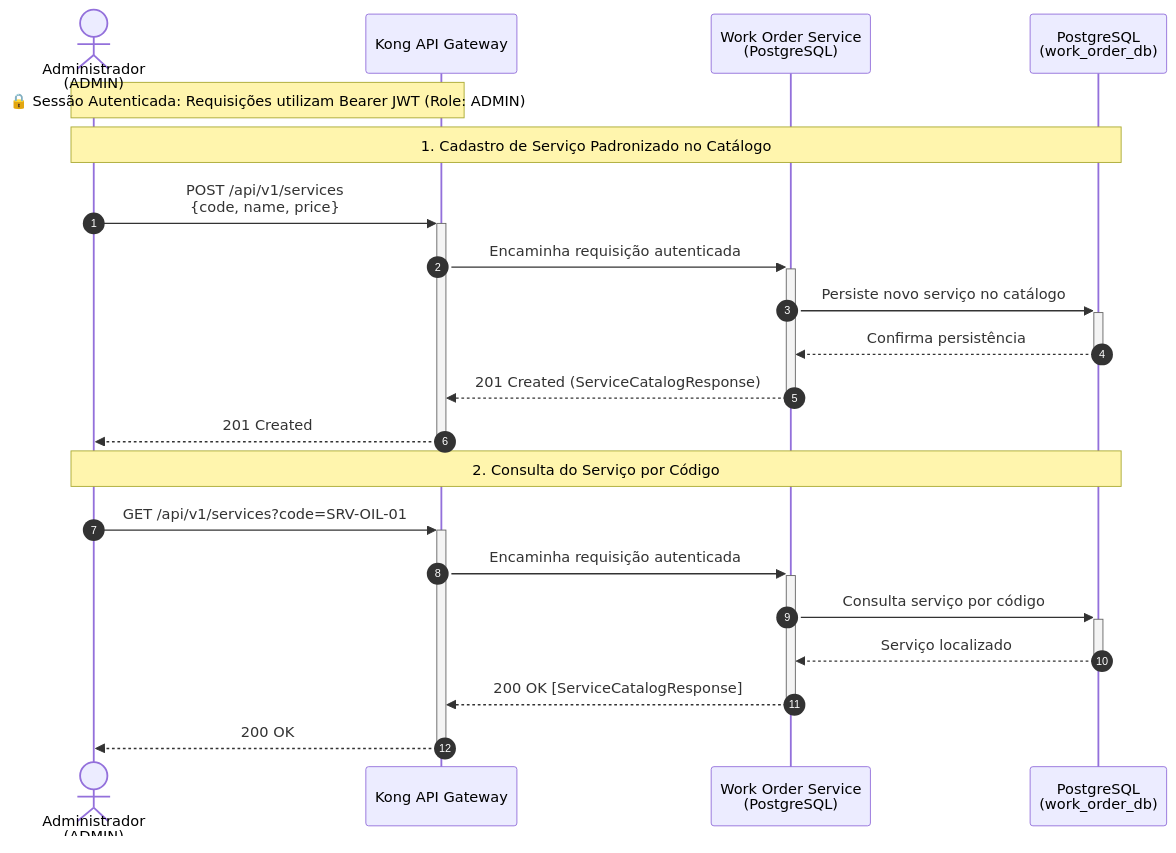
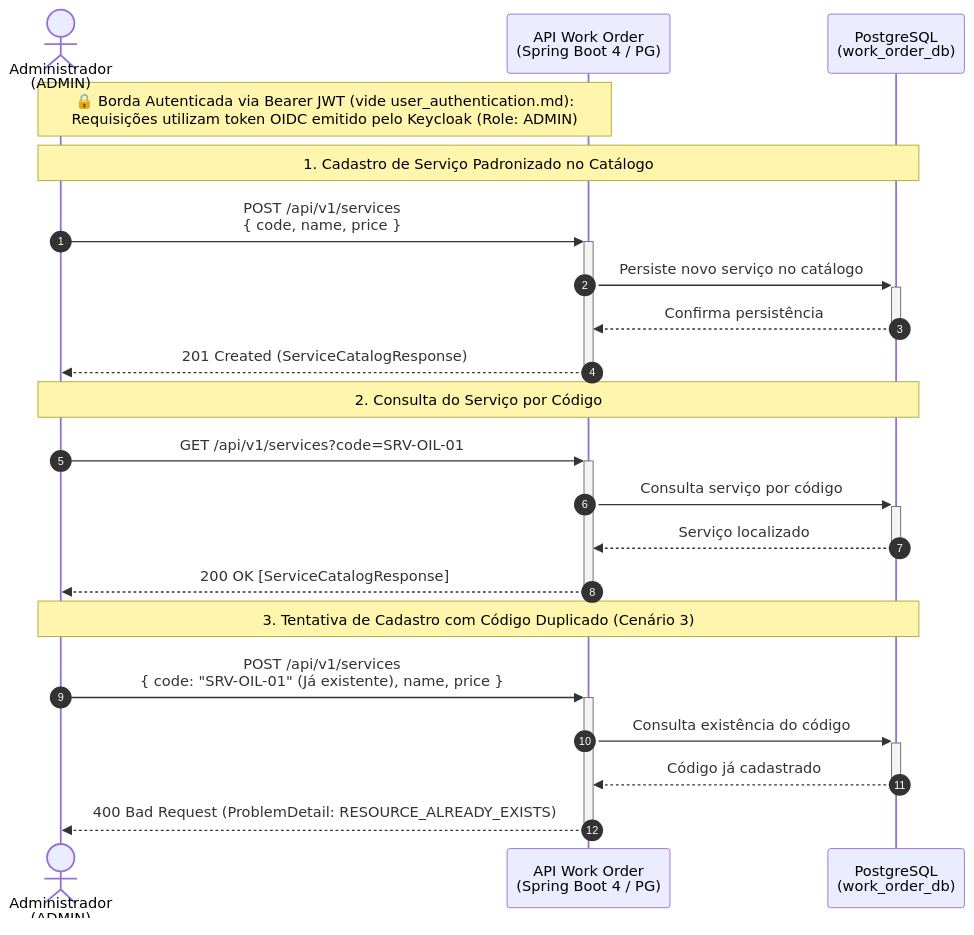
One commit to rodsordi/15soat-phase4-e2e changed the diagram in src/test/resources/features/work-order/service_catalog_management.md. Above: the diagram before and after it, drawn with Mermaid. The commit also changed other lines of this file and 90 other files, not shown here.

````diff
--- a/src/test/resources/features/work-order/service_catalog_management.md
+++ b/src/test/resources/features/work-order/service_catalog_management.md
@@ -12,28 +22,30 @@
 ```mermaid
 sequenceDiagram
     autonumber
     actor Admin as Administrador<br/>(ADMIN)
-    participant Kong as Kong API Gateway
-    participant WorkOrder as Work Order Service<br/>(PostgreSQL)
+    participant WO as API Work Order<br/>(Spring Boot 4 / PG)
     participant DB as PostgreSQL<br/>(work_order_db)
 
-    Note over Admin,Kong: 🔒 Sessão Autenticada: Requisições utilizam Bearer JWT (Role: ADMIN)
+    Note over Admin,WO: 🔒 Borda Autenticada via Bearer JWT (vide user_authentication.md):<br/>Requisições utilizam token OIDC emitido pelo Keycloak (Role: ADMIN)
 
     %% 1. Cadastro de Serviço Padronizado
     Note over Admin,DB: 1. Cadastro de Serviço Padronizado no Catálogo
-    Admin->>+Kong: POST /api/v1/services<br/>{code, name, price}
-    Kong->>+WorkOrder: Encaminha requisição autenticada
-    WorkOrder->>+DB: Persiste novo serviço no catálogo
-    DB-->>-WorkOrder: Confirma persistência
-    WorkOrder-->>-Kong: 201 Created (ServiceCatalogResponse)
-    Kong-->>-Admin: 201 Created
+    Admin->>+WO: POST /api/v1/services<br/>{ code, name, price }
+    WO->>+DB: Persiste novo serviço no catálogo
+    DB-->>-WO: Confirma persistência
+    WO-->>-Admin: 201 Created (ServiceCatalogResponse)
 
     %% 2. Consulta de Serviço por Código
     Note over Admin,DB: 2. Consulta do Serviço por Código
-    Admin->>+Kong: GET /api/v1/services?code=SRV-OIL-01
-    Kong->>+WorkOrder: Encaminha requisição autenticada
-    WorkOrder->>+DB: Consulta serviço por código
-    DB-->>-WorkOrder: Serviço localizado
-    WorkOrder-->>-Kong: 200 OK [ServiceCatalogResponse]
-    Kong-->>-Admin: 200 OK
+    Admin->>+WO: GET /api/v1/services?code=SRV-OIL-01
+    WO->>+DB: Consulta serviço por código
+    DB-->>-WO: Serviço localizado
+    WO-->>-Admin: 200 OK [ServiceCatalogResponse]
+
+    %% 3. Sad Path: Código Duplicado
+    Note over Admin,DB: 3. Tentativa de Cadastro com Código Duplicado (Cenário 3)
+    Admin->>+WO: POST /api/v1/services<br/>{ code: "SRV-OIL-01" (Já existente), name, price }
+    WO->>+DB: Consulta existência do código
+    DB-->>-WO: Código já cadastrado
+    WO-->>-Admin: 400 Bad Request (ProblemDetail: RESOURCE_ALREADY_EXISTS)
 ```
````
